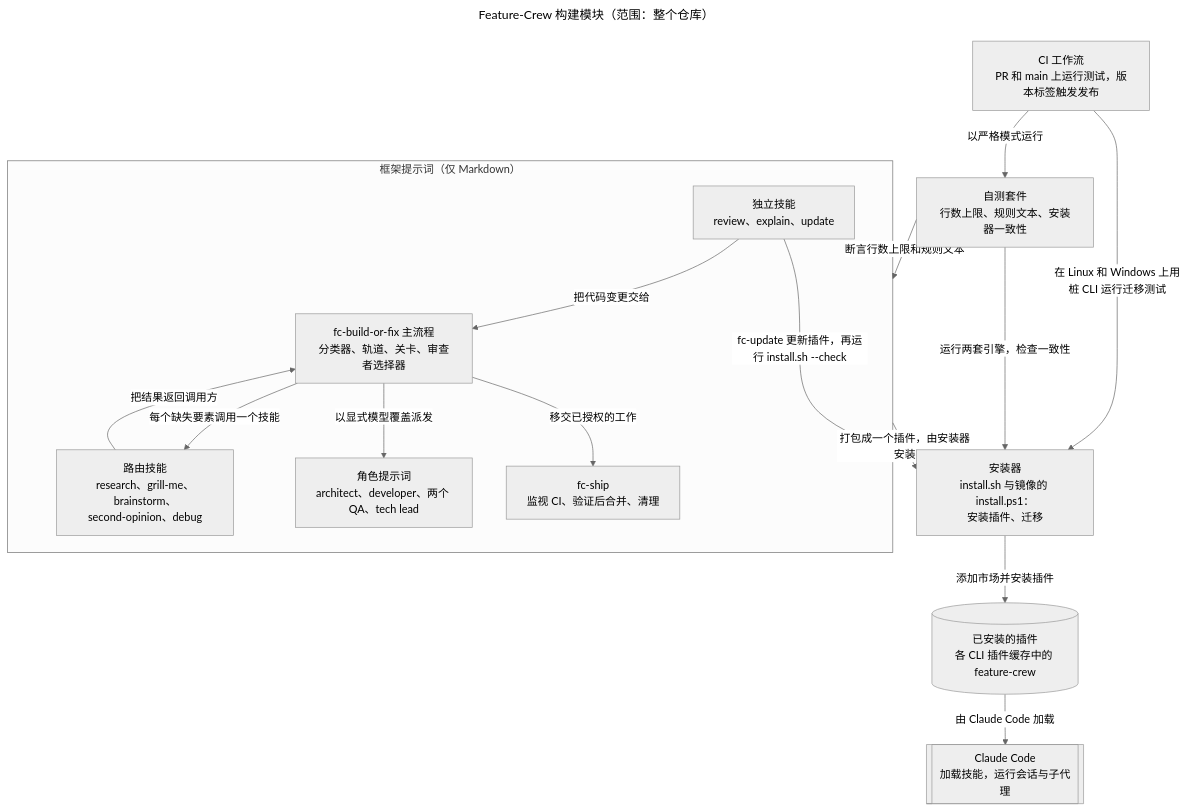
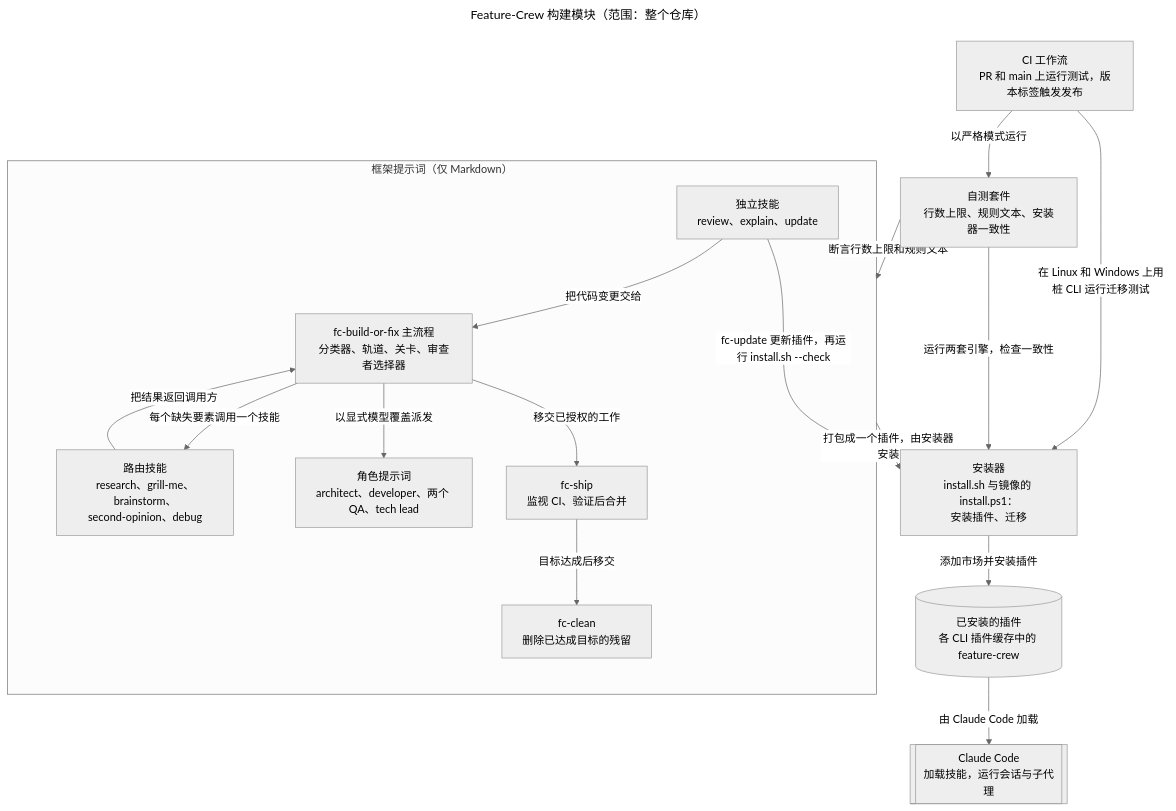
The first of 2 diagrams in wiki/Architecture-zh-CN.md (D0n9X1n/feature-crew), drawn with Mermaid (neutral theme) before and after one commit. The commit also changed other lines of this file and 15 other files, not shown here.

````diff
--- a/wiki/Architecture-zh-CN.md
+++ b/wiki/Architecture-zh-CN.md
@@ -11,32 +11,34 @@
 ```mermaid
 ---
 title: "Feature-Crew 构建模块（范围：整个仓库）"
 ---
 flowchart TB
     ci["CI 工作流<br/>PR 和 main 上运行测试，版本标签触发发布"]
     suite["自测套件<br/>行数上限、规则文本、安装器一致性"]
     subgraph fw ["框架提示词（仅 Markdown）"]
         other["独立技能<br/>review、explain、update"]
         bof["fc-build-or-fix 主流程<br/>分类器、轨道、关卡、审查者选择器"]
         routed["路由技能<br/>research、grill-me、brainstorm、<br/>second-opinion、debug"]
         roles["角色提示词<br/>architect、developer、两个 QA、tech lead"]
-        ship["fc-ship<br/>监视 CI、验证后合并、清理"]
+        ship["fc-ship<br/>监视 CI、验证后合并"]
+        clean["fc-clean<br/>删除已达成目标的残留"]
     end
     inst["安装器<br/>install.sh 与镜像的 install.ps1：<br/>安装插件、迁移"]
     home[("已安装的插件<br/>各 CLI 插件缓存中的 feature-crew")]
     cc[["Claude Code<br/>加载技能，运行会话与子代理"]]
 
     ci -->|以严格模式运行| suite
     ci -->|在 Linux 和 Windows 上用桩 CLI 运行迁移测试| inst
     suite -->|断言行数上限和规则文本| fw
     suite -->|运行两套引擎，检查一致性| inst
     other -->|把代码变更交给| bof
     other -->|fc-update 更新插件，再运行 install.sh --check| inst
     bof -->|每个缺失要素调用一个技能| routed
     routed -->|把结果返回调用方| bof
     bof -->|以显式模型覆盖派发| roles
     bof -->|移交已授权的工作| ship
+    ship -->|目标达成后移交| clean
     fw -->|打包成一个插件，由安装器安装| inst
     inst -->|添加市场并安装插件| home
     home -->|由 Claude Code 加载| cc
 ```
````
